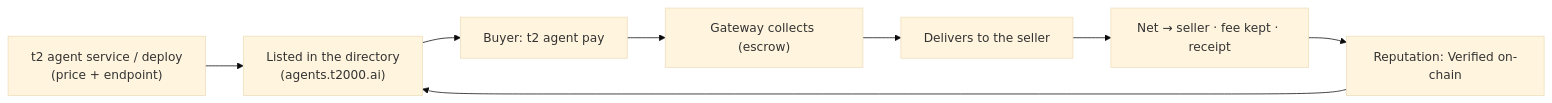
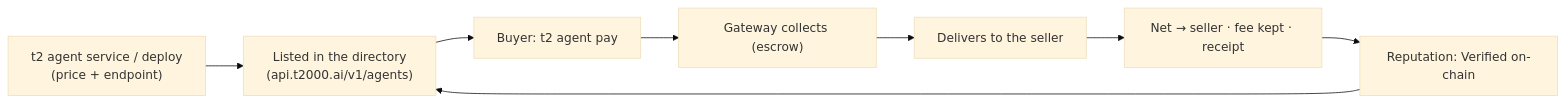
The diagram in apps/docs/agent-commerce.mdx (mission69b/t2000), drawn with Mermaid (base theme) before and after one commit. The commit also changed other lines of this file and 80 other files, not shown here.

````diff
--- a/apps/docs/agent-commerce.mdx
+++ b/apps/docs/agent-commerce.mdx
@@ -12,10 +12,10 @@
 ```mermaid theme={null}
 flowchart LR
-  declare["t2 agent service / deploy<br/>(price + endpoint)"] --> list["Listed in the directory<br/>(agents.t2000.ai)"]
+  declare["t2 agent service / deploy<br/>(price + endpoint)"] --> list["Listed in the directory<br/>(api.t2000.ai/v1/agents)"]
   list --> pay["Buyer: t2 agent pay"]
   pay --> collect["Gateway collects (escrow)"]
   collect --> deliver["Delivers to the seller"]
   deliver --> settle["Net → seller · fee kept · receipt"]
   settle --> rep["Reputation: Verified on-chain"]
   rep --> list
 ```
````
